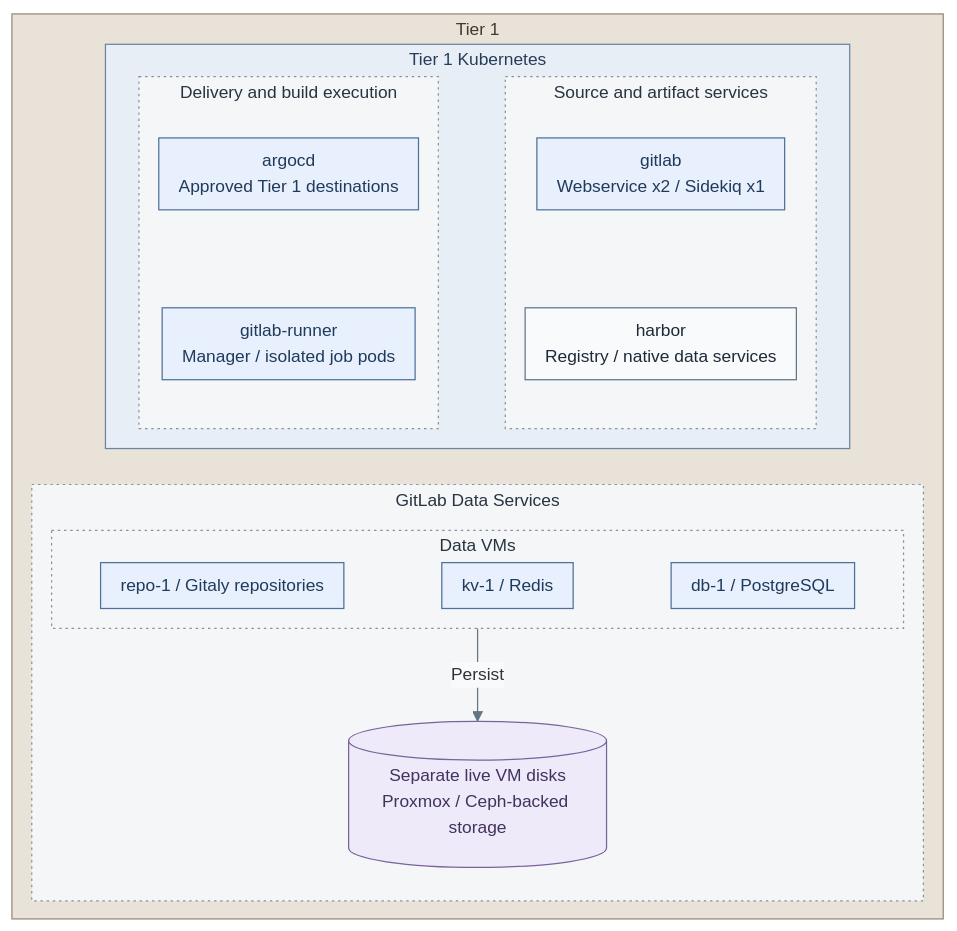
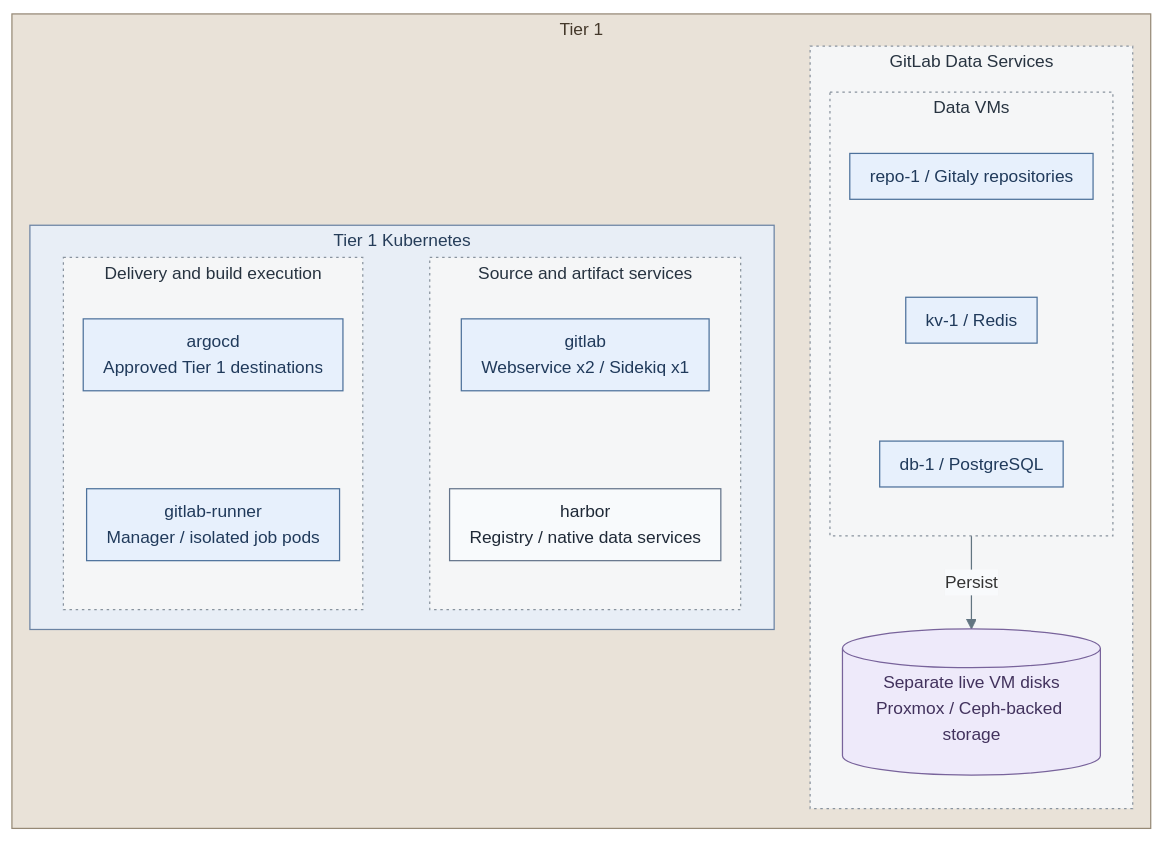
One commit to Rexus/homelab changed the first of 2 diagrams in docs/05-operations/05-delivery.md. Above: the diagram before and after it, drawn with Mermaid. The commit also changed other lines of this file and 352 other files, not shown here.

````diff
--- a/docs/05-operations/05-delivery.md
+++ b/docs/05-operations/05-delivery.md
@@ -9,53 +9,53 @@
 ```mermaid
 %%{init: {"theme":"base","flowchart":{"nodeSpacing":12,"rankSpacing":4,"padding":8,"subGraphTitleMargin":{"top":2,"bottom":8}},"themeVariables":{"lineColor":"#627581","edgeLabelBackground":"#f8fafc","fontFamily":"Arial, sans-serif","fontSize":"14px"},"fontFamily":"Arial, sans-serif"}}%%
 flowchart TB
   subgraph T1["Tier 1"]
-    direction TB
+    direction LR
     subgraph Runtime["Tier 1 Kubernetes"]
       direction LR
       subgraph Consumers["Delivery and build execution"]
         direction TB
         CD["argocd<br/>Approved Tier 1 destinations"]
         Runner["gitlab-runner<br/>Manager / isolated job pods"]
         CD ~~~ Runner
       end
       subgraph Supply["Source and artifact services"]
         direction TB
         Git["gitlab<br/>Webservice x2 / Sidekiq x1"]
         Harbor["harbor<br/>Registry / native data services"]
         Git ~~~ Harbor
       end
       Consumers ~~~ Supply
     end
     subgraph Data["GitLab Data Services"]
       direction TB
       subgraph Services["Data VMs"]
-        direction LR
+        direction TB
         DB["db-1 / PostgreSQL"]
         Cache["kv-1 / Redis"]
         Repo["repo-1 / Gitaly repositories"]
         Repo ~~~ Cache ~~~ DB
       end
       Disks[("Separate live VM disks<br/>Proxmox / Ceph-backed storage")]
       Services -->|Persist| Disks
     end
     Runtime ~~~ Data
   end
   classDef default fill:#f8fafc,stroke:#64748b,color:#1f2937
   classDef services fill:#e7f0fc,stroke:#4d719b,color:#203a5b
   classDef runtime fill:#d9eeec,stroke:#4d7b77,color:#173f3e
   classDef boundary fill:#eef2f6,stroke:#64748b,color:#1f2937
   classDef replicas fill:#f5f6f7,stroke:#89939e,color:#273340,stroke-dasharray:2 3
   classDef data fill:#eeeafa,stroke:#78639b,color:#42325d
   classDef actor fill:#edf0f3,stroke:#697682,color:#293642
   class CD,Runner,Git,DB,Cache,Repo services
   class Disks data
   classDef group fill:#f5f6f7,stroke:#89939e,color:#273340,stroke-dasharray:2 3
   class Consumers,Supply,Services group
   classDef kubernetes fill:#e8eef6,stroke:#6b83a3,color:#263d59
   class Runtime kubernetes
   classDef tier1 fill:#e9e2d8,stroke:#968976,color:#44382a
   class T1 tier1
   classDef zoneServices fill:#e1eaf6,stroke:#4d719b,color:#203a5b
   class Data group
 ```
````
